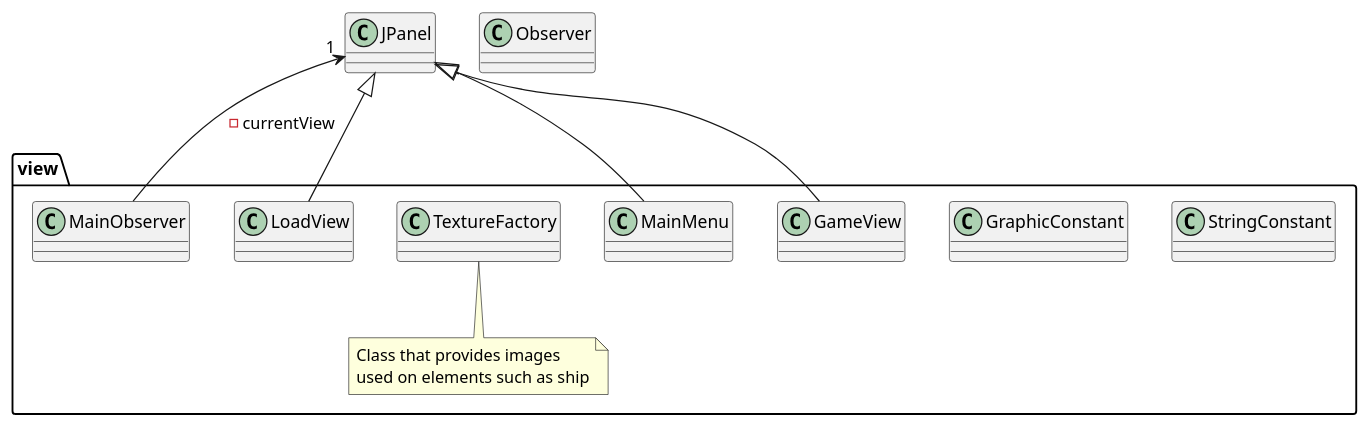
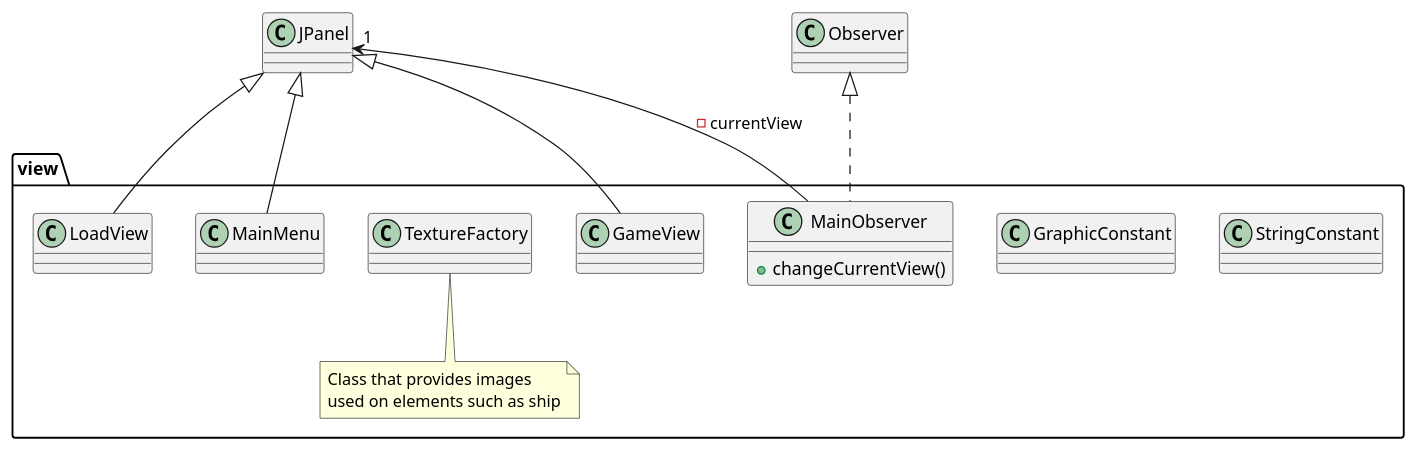
The diagram in doc/conception/pmul/class/view.puml (Reynault/ShipShop), drawn with PlantUML before and after one commit. The commit also changed 3 other files, not shown here.

Commit message:
Update diagrams.

```diff
--- a/doc/conception/pmul/class/view.puml
+++ b/doc/conception/pmul/class/view.puml
@@ -1,51 +1,52 @@
 @startuml
 
 package view{
 
     class StringConstant{
 
     }
 
     class GraphicConstant{
 
     }
 
     class MainObserver{
-
+        + changeCurrentView()
     }
 
 
     class LoadView{
 
     }
 
     class TextureFactory{
 
     }
     note bottom: Class that provides images\nused on elements such as ship
 
     class MainMenu{
 
     }
 
     class GameView{
 
     }
 
 }
 
 class Observer{
 
 }
 
 class JPanel{
 
 }
 
-MainObserver -up-> "1" JPanel: - currentView
+MainObserver .up.|> Observer
+MainObserver --> "1" JPanel: - currentView
 
 MainMenu -up-|> JPanel
 LoadView -up-|> JPanel
 GameView -up-|> JPanel
 
 @enduml
```
